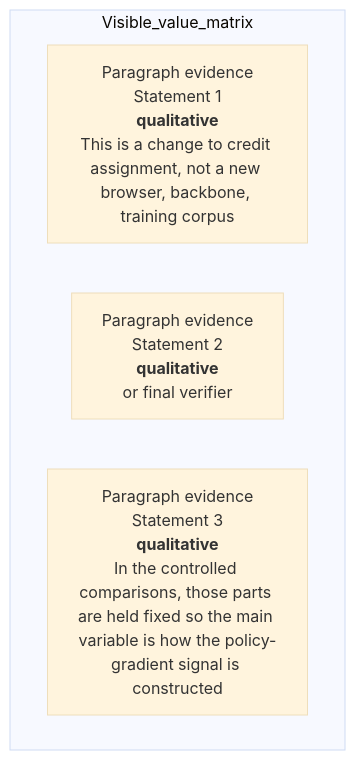
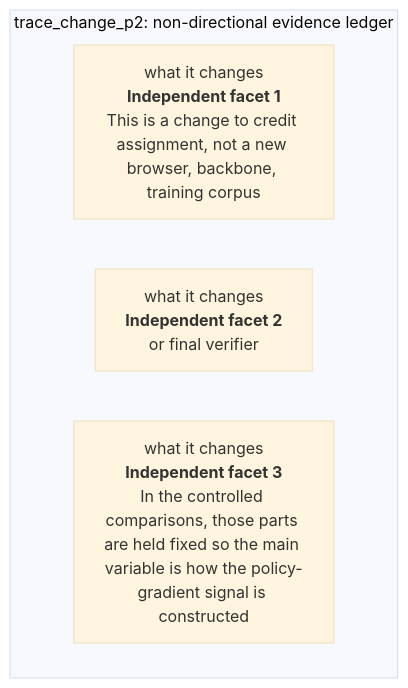
Before and after one commit to Betancourt1/paper_atlas: diagram 11 of 48 in docs/visual-manifests/VISUAL_MANIFEST_TRACE.md, drawn with Mermaid (base theme). The commit also changed other lines of this file and 7 other files, not shown here.

````diff
--- a/docs/visual-manifests/VISUAL_MANIFEST_TRACE.md
+++ b/docs/visual-manifests/VISUAL_MANIFEST_TRACE.md
@@ -822,8 +886,8 @@
 ```mermaid
 flowchart TB
-  subgraph Visible_value_matrix
-    r1["Paragraph evidence<br/>Statement 1<br/><b>qualitative</b><br/>This is a change to credit assignment, not a new browser, backbone, training corpus"]
-    r2["Paragraph evidence<br/>Statement 2<br/><b>qualitative</b><br/>or final verifier"]
-    r3["Paragraph evidence<br/>Statement 3<br/><b>qualitative</b><br/>In the controlled comparisons, those parts are held fixed so the main variable is how the policy-gradient signal is constructed"]
+  subgraph Ledger["trace_change_p2: non-directional evidence ledger"]
+    r1["what it changes<br/><b>Independent facet 1</b><br/>This is a change to credit assignment, not a new browser, backbone, training corpus"]
+    r2["what it changes<br/><b>Independent facet 2</b><br/>or final verifier"]
+    r3["what it changes<br/><b>Independent facet 3</b><br/>In the controlled comparisons, those parts are held fixed so the main variable is how the policy-gradient signal is constructed"]
   end
 ```
````
